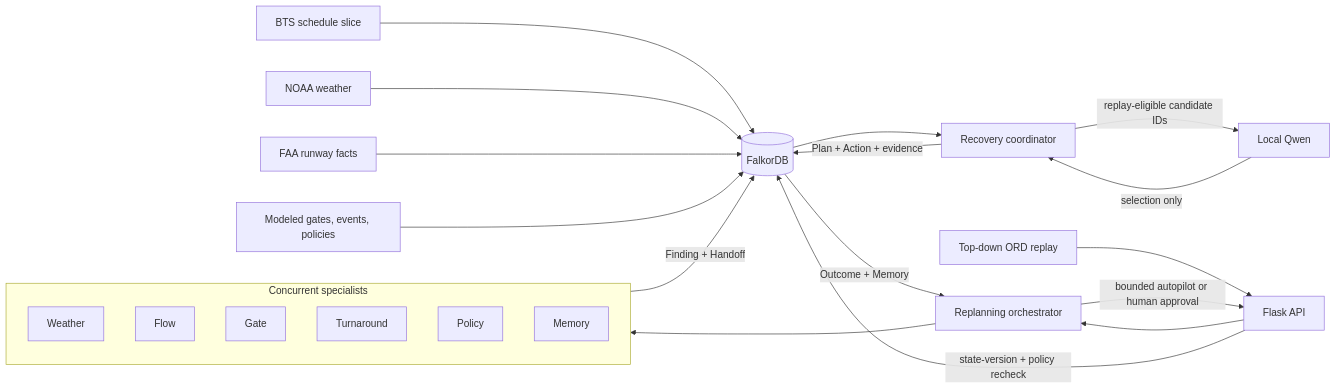
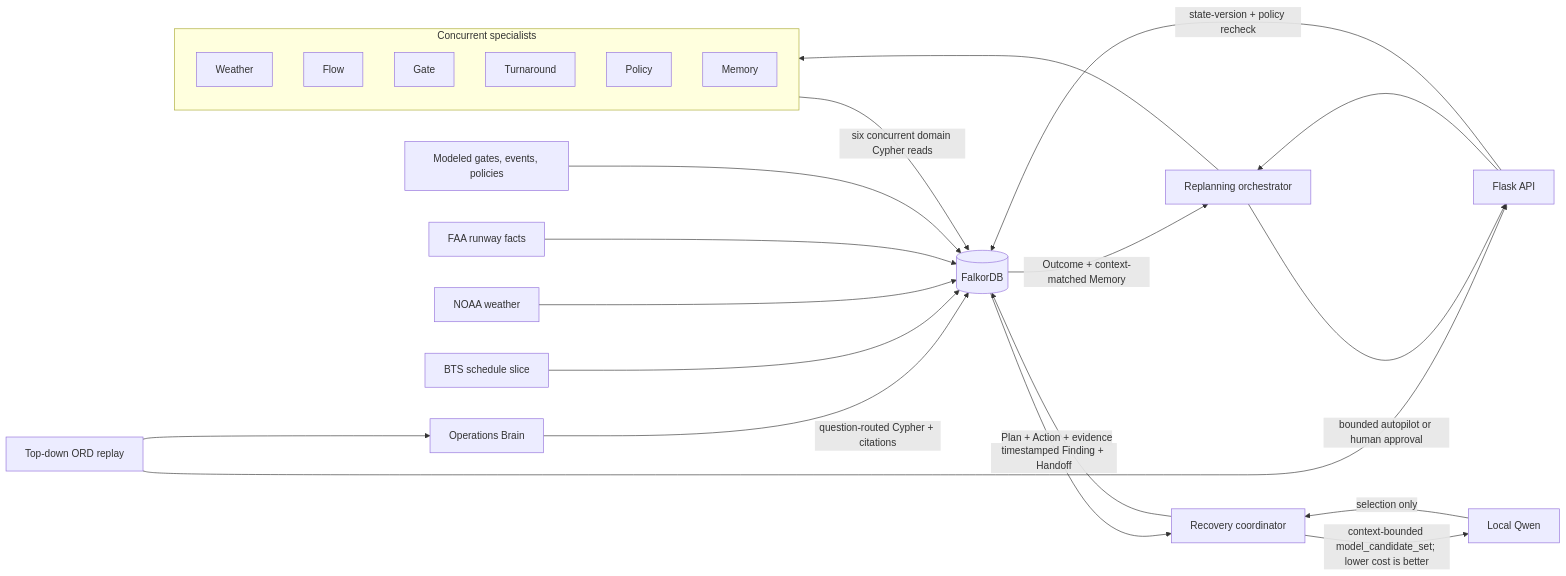
The diagram in docs/architecture.md (SuVI3010/groundgraph), drawn with Mermaid before and after one commit. The commit also changed other lines of this file and 46 other files, not shown here.

Commit message:
feat: complete graph-native airport recovery demo

````diff
--- a/docs/architecture.md
+++ b/docs/architecture.md
@@ -5,29 +5,31 @@
 ```mermaid
 flowchart LR
     UI[Top-down ORD replay] --> API[Flask API]
     API --> ORCH[Replanning orchestrator]
 
     subgraph AGENTS[Concurrent specialists]
       WX[Weather]
       FL[Flow]
       GA[Gate]
       TU[Turnaround]
       PO[Policy]
       ME[Memory]
     end
 
     ORCH --> AGENTS
-    AGENTS -->|Finding + Handoff| G[(FalkorDB)]
-    G --> CO[Recovery coordinator]
-    CO -->|replay-eligible candidate IDs| Q[Local Qwen]
+    AGENTS -->|six concurrent domain Cypher reads| G[(FalkorDB)]
+    G -->|timestamped Finding + Handoff| CO[Recovery coordinator]
+    CO -->|context-bounded model_candidate_set; lower cost is better| Q[Local Qwen]
     Q -->|selection only| CO
     CO -->|Plan + Action + evidence| G
     ORCH -->|bounded autopilot or human approval| API
     API -->|state-version + policy recheck| G
-    G -->|Outcome + Memory| ORCH
+    G -->|Outcome + context-matched Memory| ORCH
+    UI --> B[Operations Brain]
+    B -->|question-routed Cypher + citations| G
 
     BTS[BTS schedule slice] --> G
     NOAA[NOAA weather] --> G
     FAA[FAA runway facts] --> G
     MODEL[Modeled gates, events, policies] --> G
 ```
````
